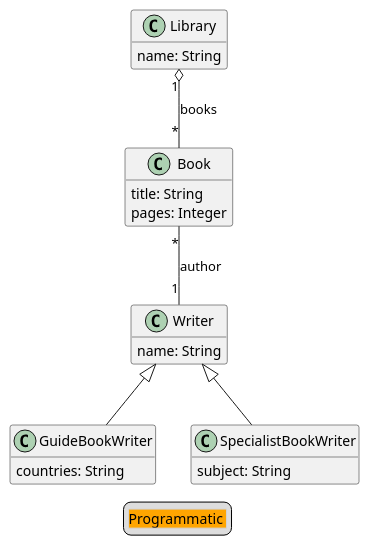
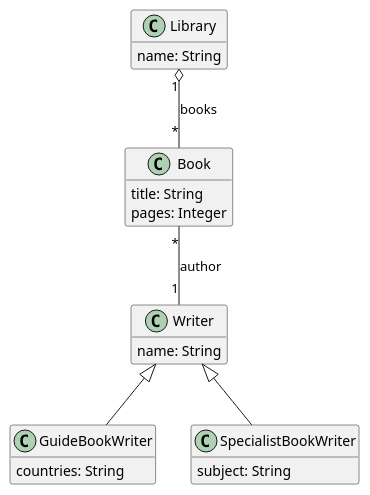
One commit to LionWeb-io/lionweb-typescript changed the diagram in diagrams/library-gen.puml. Above: the diagram before and after it, drawn with PlantUML. The commit also changed 16 other files, not shown here.

```diff
--- a/diagrams/library-gen.puml
+++ b/diagrams/library-gen.puml
@@ -1,41 +1,38 @@
 @startuml
 hide empty members
 
 ' qualified name: "library"
 
 
 class Book {
   title: String
   pages: Integer
 }
 
 class GuideBookWriter extends Writer {
   countries: String
 }
 
 class Library {
   name: String
 }
 
 class SpecialistBookWriter extends Writer {
   subject: String
 }
 
 class Writer {
   name: String
 }
 
 
 
 ' relations:
 
 Book "*" -- "1" Writer: author
 
 Library "1" o-- "*" Book: books
 
 
 
-legend
-  <#LightGray,#LightGray>| <#Orange>Programmatic |
-end legend
 @enduml
```
